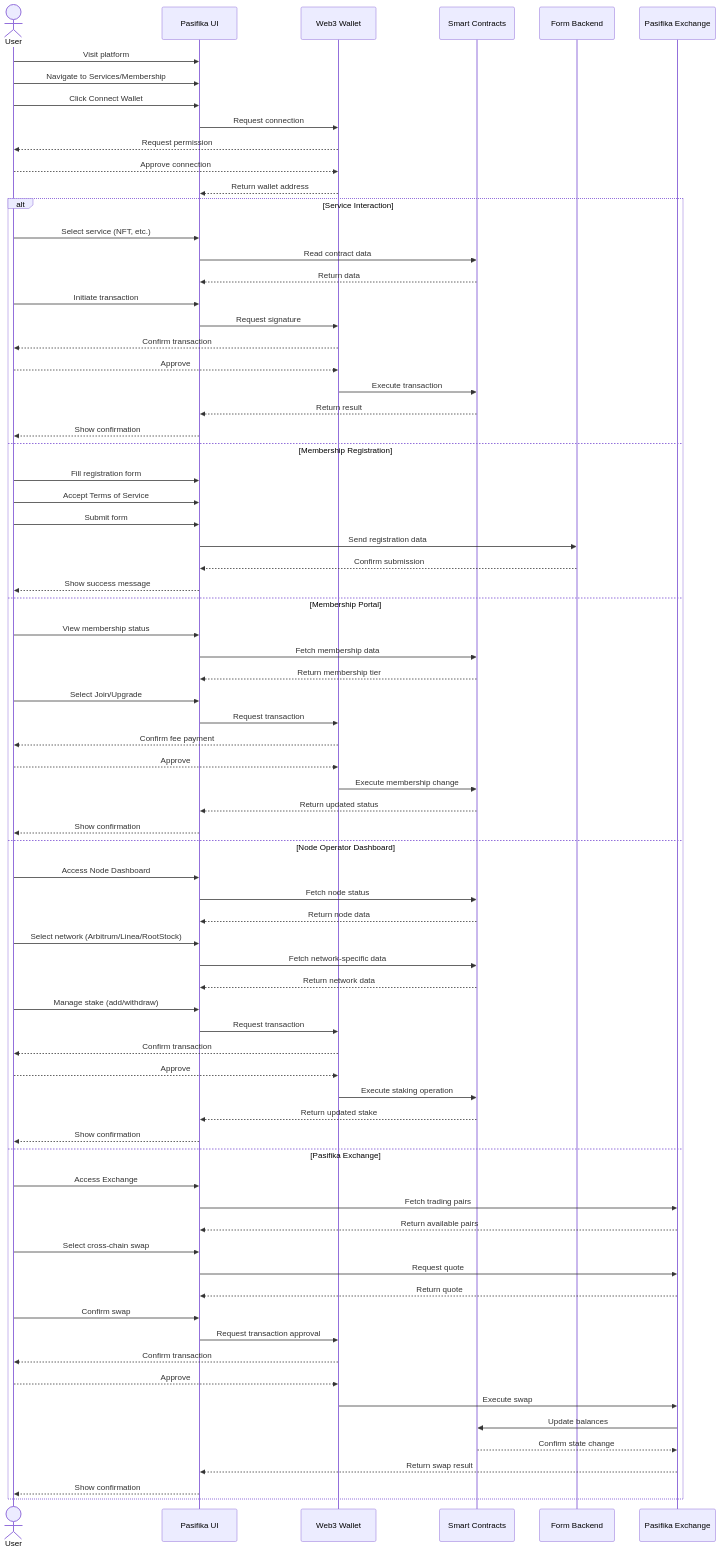
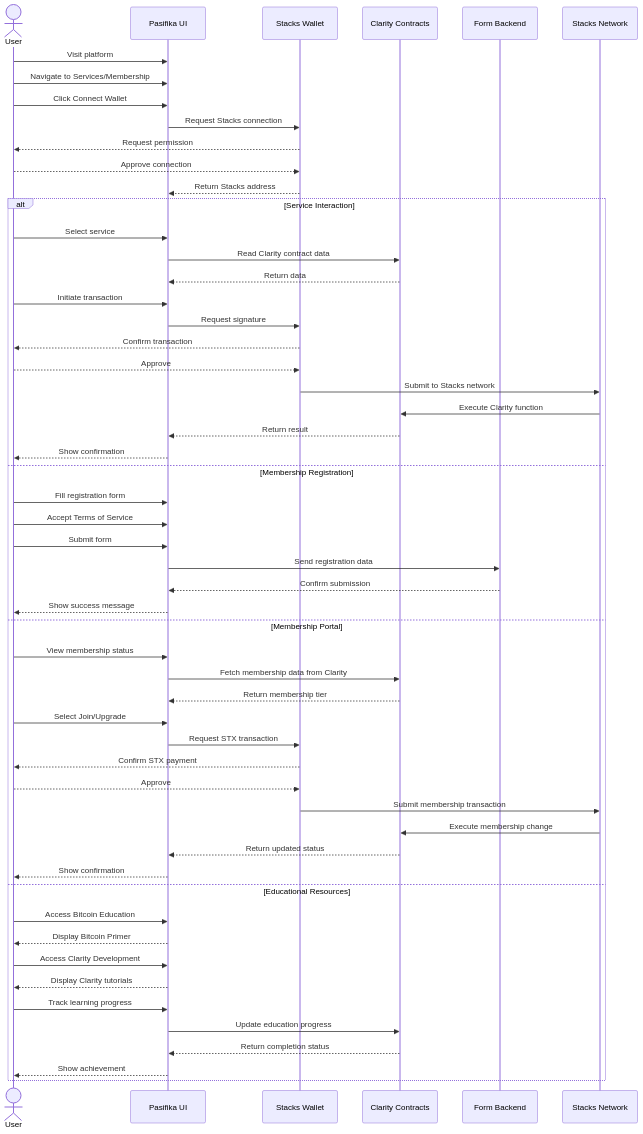
One commit to Pasifika-Web3-Tech-Hub/pasifika-fe changed the second of 2 diagrams in README.md. Above: the diagram before and after it, drawn with Mermaid. The commit also changed other lines of this file and 5 other files, not shown here.

Commit message:
Major Update: In Alignment with Bitcoin-first Stacks Powered Vision

````diff
--- a/README.md
+++ b/README.md
@@ -166,78 +202,59 @@
 ```mermaid
 sequenceDiagram
     actor User
     participant UI as Pasifika UI
-    participant Wallet as Web3 Wallet
-    participant Contract as Smart Contracts
+    participant Wallet as Stacks Wallet
+    participant Contract as Clarity Contracts
     participant Form as Form Backend
-    participant Exchange as Pasifika Exchange
+    participant Stacks as Stacks Network
     
     User->>UI: Visit platform
     User->>UI: Navigate to Services/Membership
     User->>UI: Click Connect Wallet
-    UI->>Wallet: Request connection
+    UI->>Wallet: Request Stacks connection
     Wallet-->>User: Request permission
     User-->>Wallet: Approve connection
-    Wallet-->>UI: Return wallet address
+    Wallet-->>UI: Return Stacks address
     
     alt Service Interaction
-        User->>UI: Select service (NFT, etc.)
-        UI->>Contract: Read contract data
+        User->>UI: Select service
+        UI->>Contract: Read Clarity contract data
         Contract-->>UI: Return data
         User->>UI: Initiate transaction
         UI->>Wallet: Request signature
         Wallet-->>User: Confirm transaction
         User-->>Wallet: Approve
-        Wallet->>Contract: Execute transaction
+        Wallet->>Stacks: Submit to Stacks network
+        Stacks->>Contract: Execute Clarity function
         Contract-->>UI: Return result
         UI-->>User: Show confirmation
     else Membership Registration
         User->>UI: Fill registration form
         User->>UI: Accept Terms of Service
         User->>UI: Submit form
         UI->>Form: Send registration data
         Form-->>UI: Confirm submission
         UI-->>User: Show success message
     else Membership Portal
         User->>UI: View membership status
-        UI->>Contract: Fetch membership data
+        UI->>Contract: Fetch membership data from Clarity
         Contract-->>UI: Return membership tier
         User->>UI: Select Join/Upgrade
-        UI->>Wallet: Request transaction
-        Wallet-->>User: Confirm fee payment
+        UI->>Wallet: Request STX transaction
+        Wallet-->>User: Confirm STX payment
         User-->>Wallet: Approve
-        Wallet->>Contract: Execute membership change
+        Wallet->>Stacks: Submit membership transaction
+        Stacks->>Contract: Execute membership change
         Contract-->>UI: Return updated status
         UI-->>User: Show confirmation
-    else Node Operator Dashboard
-        User->>UI: Access Node Dashboard
-        UI->>Contract: Fetch node status
-        Contract-->>UI: Return node data
-        User->>UI: Select network (Arbitrum/Linea/RootStock)
-        UI->>Contract: Fetch network-specific data
-        Contract-->>UI: Return network data
-        User->>UI: Manage stake (add/withdraw)
-        UI->>Wallet: Request transaction
-        Wallet-->>User: Confirm transaction
-        User-->>Wallet: Approve
-        Wallet->>Contract: Execute staking operation
-        Contract-->>UI: Return updated stake
-        UI-->>User: Show confirmation
-    else Pasifika Exchange
-        User->>UI: Access Exchange
-        UI->>Exchange: Fetch trading pairs
-        Exchange-->>UI: Return available pairs
-        User->>UI: Select cross-chain swap
-        UI->>Exchange: Request quote
-        Exchange-->>UI: Return quote
-        User->>UI: Confirm swap
-        UI->>Wallet: Request transaction approval
-        Wallet-->>User: Confirm transaction
-        User-->>Wallet: Approve
-        Wallet->>Exchange: Execute swap
-        Exchange->>Contract: Update balances
-        Contract-->>Exchange: Confirm state change
-        Exchange-->>UI: Return swap result
-        UI-->>User: Show confirmation
+    else Educational Resources
+        User->>UI: Access Bitcoin Education
+        UI-->>User: Display Bitcoin Primer
+        User->>UI: Access Clarity Development
+        UI-->>User: Display Clarity tutorials
+        User->>UI: Track learning progress
+        UI->>Contract: Update education progress
+        Contract-->>UI: Return completion status
+        UI-->>User: Show achievement
     end
 ```
````
